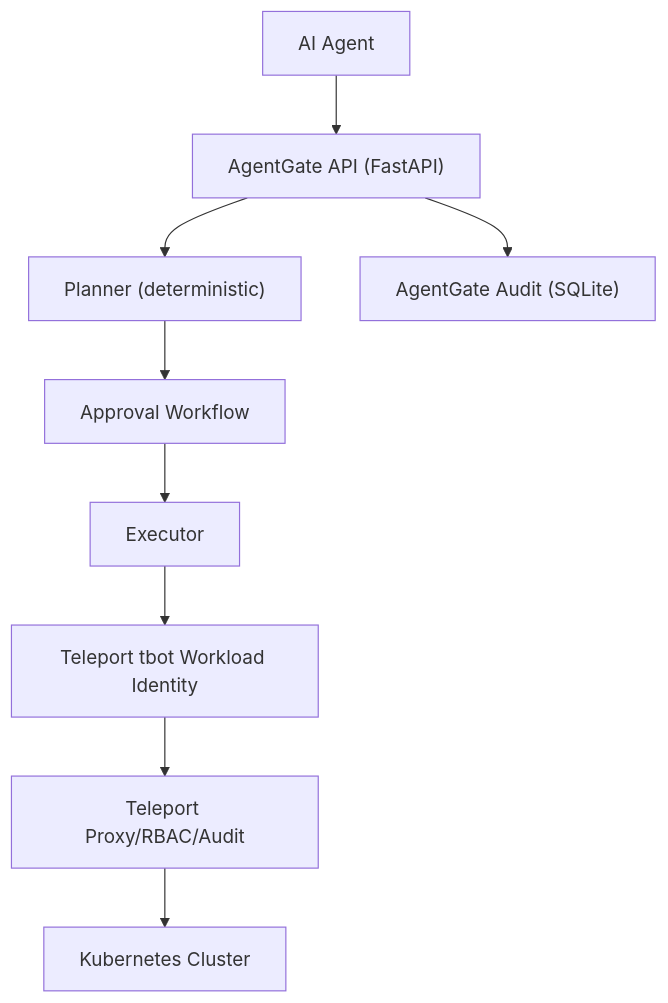
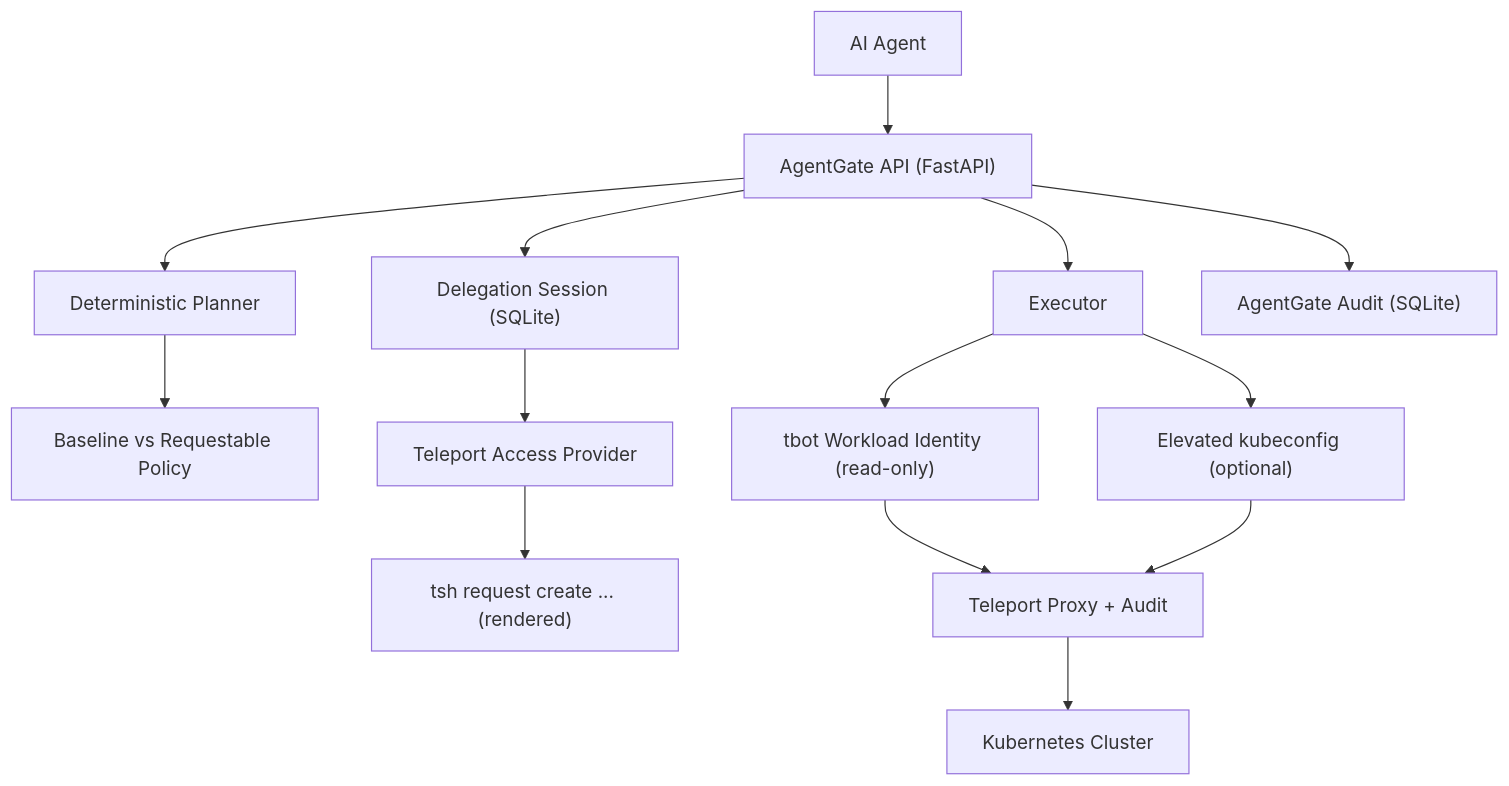
The diagram in README.md (sivagirish81/AgentGate), drawn with Mermaid before and after one commit. The commit also changed other lines of this file and 26 other files, not shown here.

First line of the commit message:
Teleport-native delegation-session prototype (#2)

````diff
--- a/README.md
+++ b/README.md
@@ -31,11 +24,16 @@
 ```mermaid
 flowchart TB
   agent["AI Agent"] --> api["AgentGate API (FastAPI)"]
-  api --> planner["Planner (deterministic)"]
-  planner --> approvals["Approval Workflow"]
-  approvals --> executor["Executor"]
-  executor --> tbot["Teleport tbot Workload Identity"]
-  tbot --> teleport["Teleport Proxy/RBAC/Audit"]
+  api --> planner["Deterministic Planner"]
+  planner --> policy["Baseline vs Requestable Policy"]
+  api --> delegation["Delegation Session (SQLite)"]
+  delegation --> provider["Teleport Access Provider"]
+  provider --> request["tsh request create ... (rendered)"]
+  api --> executor["Executor"]
+  executor --> tbot["tbot Workload Identity (read-only)"]
+  executor --> elevated["Elevated kubeconfig (optional)"]
+  tbot --> teleport["Teleport Proxy + Audit"]
+  elevated --> teleport
   teleport --> kube["Kubernetes Cluster"]
   api --> audit["AgentGate Audit (SQLite)"]
 ```
````
